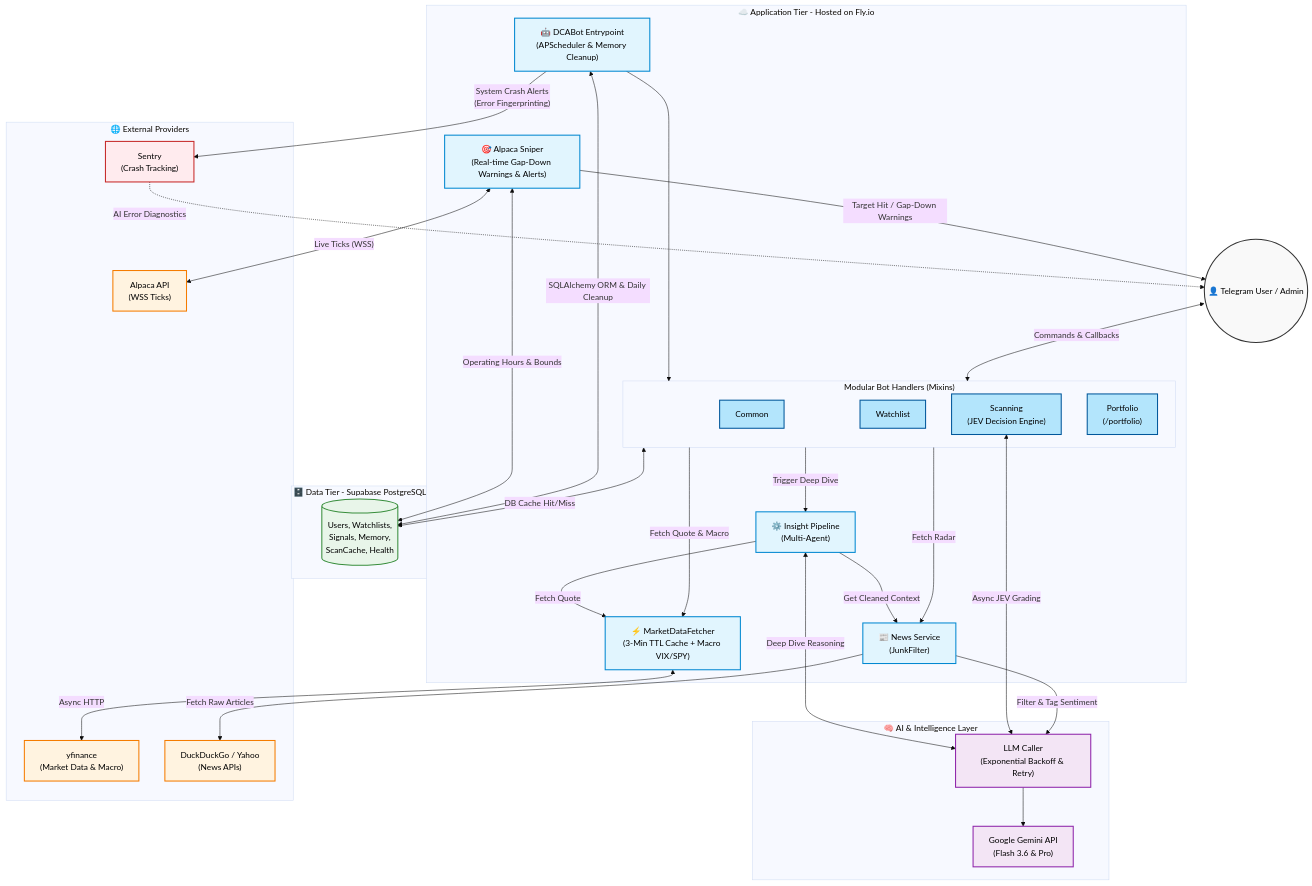
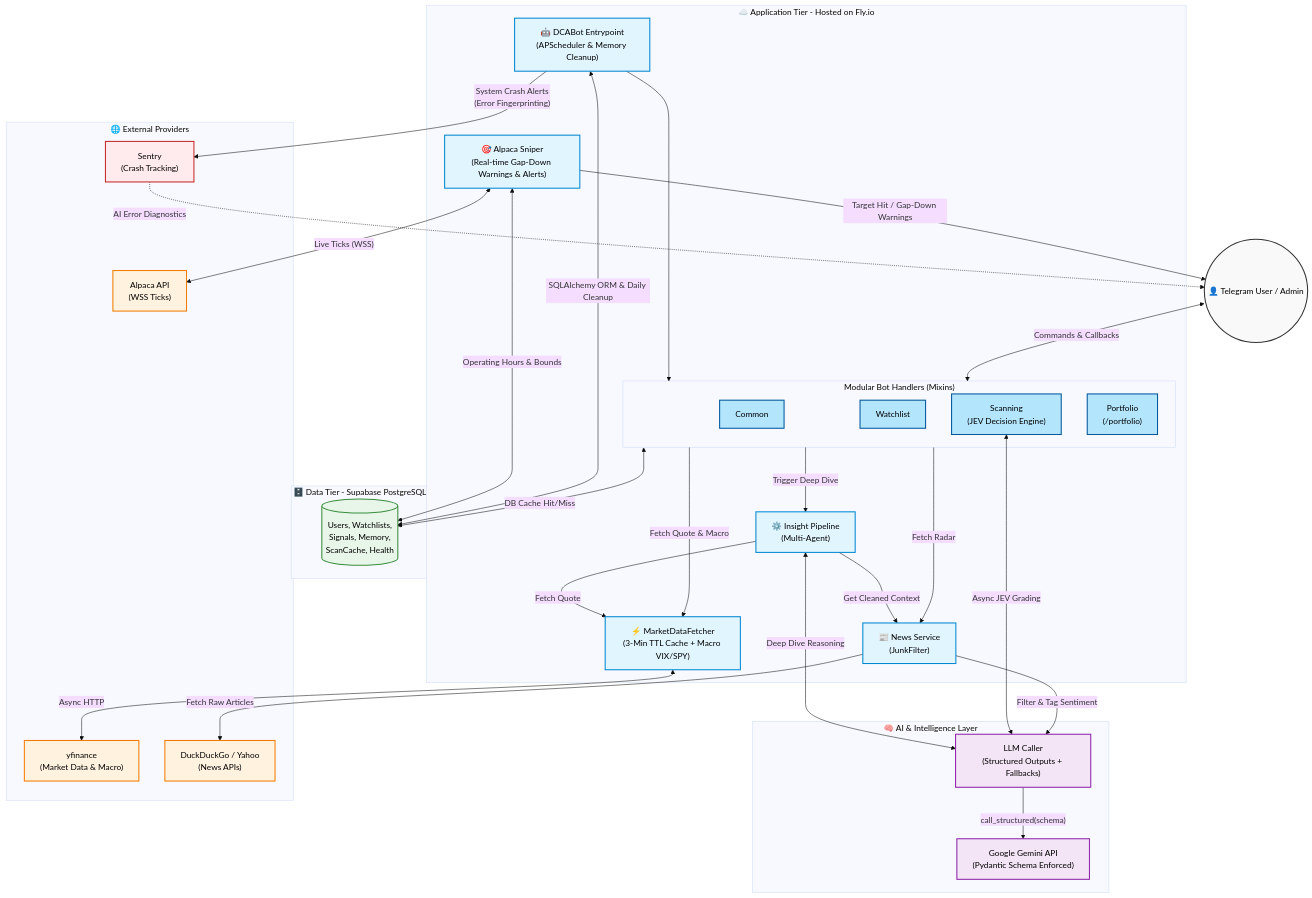
Before and after one commit to phonlapatS/dca-catcher: the diagram in README.md, drawn with Mermaid (base theme). The commit also changed other lines of this file, not shown here.

Commit message:
docs: update README for Phase 17 JEV Structured Outputs and architecture updates

````diff
--- a/README.md
+++ b/README.md
@@ -79,72 +56,72 @@
 ```mermaid
 flowchart TB
     %% Styling (Professional High Contrast)
     classDef actor fill:#f9f9f9,stroke:#333,stroke-width:2px,color:#000
     classDef app fill:#e1f5fe,stroke:#0288d1,stroke-width:2px,color:#000
     classDef handler fill:#b3e5fc,stroke:#01579b,stroke-width:2px,color:#000
     classDef ai fill:#f3e5f5,stroke:#8e24aa,stroke-width:2px,color:#000
     classDef db fill:#e8f5e9,stroke:#388e3c,stroke-width:2px,color:#000
     classDef external fill:#fff3e0,stroke:#f57c00,stroke-width:2px,color:#000
     classDef monitor fill:#ffebee,stroke:#c62828,stroke-width:2px,color:#000
 
     User(("👤 Telegram User / Admin")):::actor
 
     subgraph FlyIO ["☁️ Application Tier - Hosted on Fly.io"]
         Bot["🤖 DCABot Entrypoint<br/>(APScheduler & Memory Cleanup)"]:::app
         Fetcher["⚡ MarketDataFetcher<br/>(3-Min TTL Cache + Macro VIX/SPY)"]:::app
         
         subgraph Handlers ["Modular Bot Handlers (Mixins)"]
             Common["Common"]:::handler
             Watchlist["Watchlist"]:::handler
             Scanning["Scanning<br/>(JEV Decision Engine)"]:::handler
             Portfolio["Portfolio<br/>(/portfolio)"]:::handler
         end
         Bot --> Handlers
 
         Pipeline["⚙️ Insight Pipeline<br/>(Multi-Agent)"]:::app
         NewsService["📰 News Service<br/>(JunkFilter)"]:::app
         Sniper["🎯 Alpaca Sniper<br/>(Real-time Gap-Down Warnings & Alerts)"]:::app
     end
 
     subgraph Persistence ["🗄️ Data Tier - Supabase PostgreSQL"]
         DB[("Users, Watchlists,<br/>Signals, Memory,<br/>ScanCache, Health")]:::db
     end
 
     subgraph AI_Layer ["🧠 AI & Intelligence Layer"]
-        LLMCaller["LLM Caller<br/>(Exponential Backoff & Retry)"]:::ai
-        Gemini["Google Gemini API<br/>(Flash 3.6 & Pro)"]:::ai
-        LLMCaller --> Gemini
+        LLMCaller["LLM Caller<br/>(Structured Outputs + Fallbacks)"]:::ai
+        Gemini["Google Gemini API<br/>(Pydantic Schema Enforced)"]:::ai
+        LLMCaller -->|"call_structured(schema)"| Gemini
     end
 
     subgraph External_Sources ["🌐 External Providers"]
         Market["yfinance<br/>(Market Data & Macro)"]:::external
         News["DuckDuckGo / Yahoo<br/>(News APIs)"]:::external
         Alpaca["Alpaca API<br/>(WSS Ticks)"]:::external
         Sentry["Sentry<br/>(Crash Tracking)"]:::monitor
     end
 
     %% Connections
     User <-->|"Commands & Callbacks"| Handlers
     Handlers <-->|"DB Cache Hit/Miss"| DB
     Handlers -->|"Trigger Deep Dive"| Pipeline
     Handlers -->|"Fetch Radar"| NewsService
     Pipeline -->|"Get Cleaned Context"| NewsService
     
     Handlers -->|"Fetch Quote & Macro"| Fetcher
     Pipeline -->|"Fetch Quote"| Fetcher
     Fetcher <-->|"Async HTTP"| Market
     
     Pipeline <-->|"Deep Dive Reasoning"| LLMCaller
     Scanning <-->|"Async JEV Grading"| LLMCaller
     NewsService -->|"Filter & Tag Sentiment"| LLMCaller
     
     NewsService -->|"Fetch Raw Articles"| News
     
     Sniper <-->|"Live Ticks (WSS)"| Alpaca
     Sniper <-->|"Operating Hours & Bounds"| DB
     Sniper -->|"Target Hit / Gap-Down Warnings"| User
 
     Bot <-->|"SQLAlchemy ORM & Daily Cleanup"| DB
     Bot -->|"System Crash Alerts<br/>(Error Fingerprinting)"| Sentry
     Sentry -.->|"AI Error Diagnostics"| User
 ```
````
